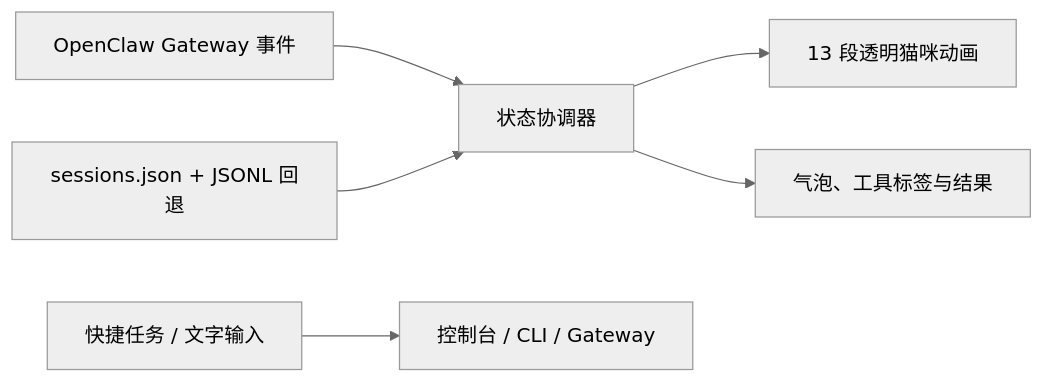
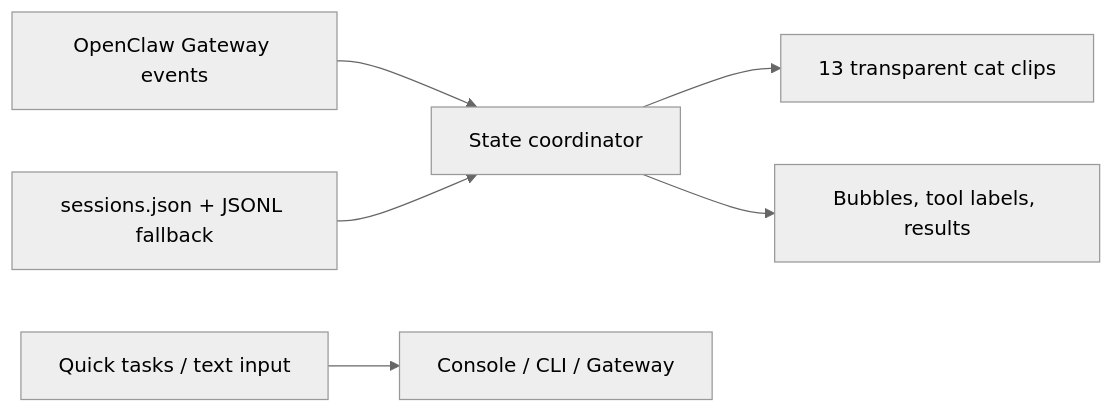
Before and after one commit to LeoZhaorx/openclaw-desk-pet: the diagram in README.md, drawn with Mermaid (neutral theme). The commit also changed other lines of this file and 26 other files, not shown here.

````diff
--- a/README.md
+++ b/README.md
@@ -206,8 +162,8 @@
 ```mermaid
 flowchart LR
-    G["OpenClaw Gateway 事件"] --> M["状态协调器"]
-    F["sessions.json + JSONL 回退"] --> M
-    M --> A["13 段透明猫咪动画"]
-    M --> B["气泡、工具标签与结果"]
-    U["快捷任务 / 文字输入"] --> S["控制台 / CLI / Gateway"]
+    G["OpenClaw Gateway events"] --> M["State coordinator"]
+    F["sessions.json + JSONL fallback"] --> M
+    M --> A["13 transparent cat clips"]
+    M --> B["Bubbles, tool labels, results"]
+    U["Quick tasks / text input"] --> S["Console / CLI / Gateway"]
 ```
````
